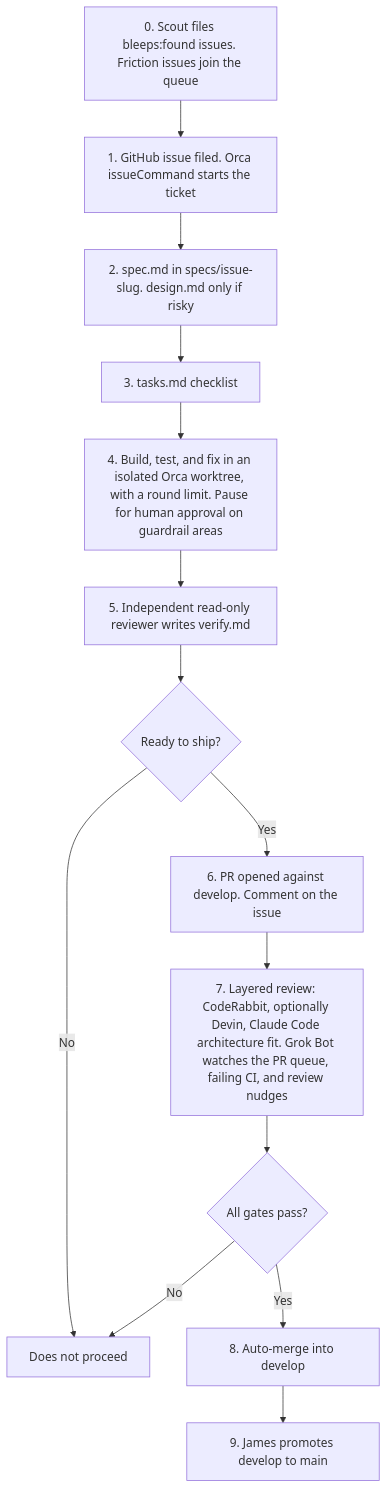
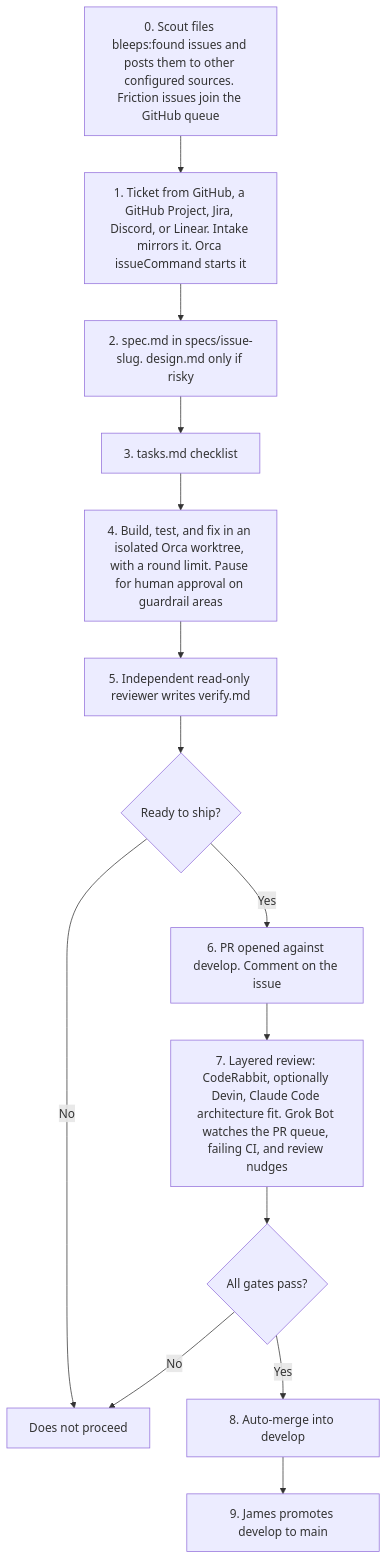
One commit to eljamez/bleeps-and-bloops changed the diagram in docs/flow.md. Above: the diagram before and after it, drawn with Mermaid. The commit also changed other lines of this file and 47 other files, not shown here.

First line of the commit message:
Accept tickets from GitHub, Jira, Discord, and Linear.

````diff
--- a/docs/flow.md
+++ b/docs/flow.md
@@ -24,22 +24,22 @@
 ```mermaid
 flowchart TD
-  s0["0. Scout files bleeps:found issues. Friction issues join the queue"]
-  s1["1. GitHub issue filed. Orca issueCommand starts the ticket"]
+  s0["0. Scout files bleeps:found issues and posts them to other configured sources. Friction issues join the GitHub queue"]
+  s1["1. Ticket from GitHub, a GitHub Project, Jira, Discord, or Linear. Intake mirrors it. Orca issueCommand starts it"]
   s2["2. spec.md in specs/issue-slug. design.md only if risky"]
   s3["3. tasks.md checklist"]
   s4["4. Build, test, and fix in an isolated Orca worktree, with a round limit. Pause for human approval on guardrail areas"]
   s5["5. Independent read-only reviewer writes verify.md"]
   ready{"Ready to ship?"}
   hold["Does not proceed"]
   s6["6. PR opened against develop. Comment on the issue"]
   s7["7. Layered review: CodeRabbit, optionally Devin, Claude Code architecture fit. Grok Bot watches the PR queue, failing CI, and review nudges"]
   gates{"All gates pass?"}
   s8["8. Auto-merge into develop"]
   s9["9. James promotes develop to main"]
 
   s0 --> s1 --> s2 --> s3 --> s4 --> s5 --> ready
   ready -->|No| hold
   ready -->|Yes| s6 --> s7 --> gates
   gates -->|No| hold
   gates -->|Yes| s8 --> s9
 ```
````
